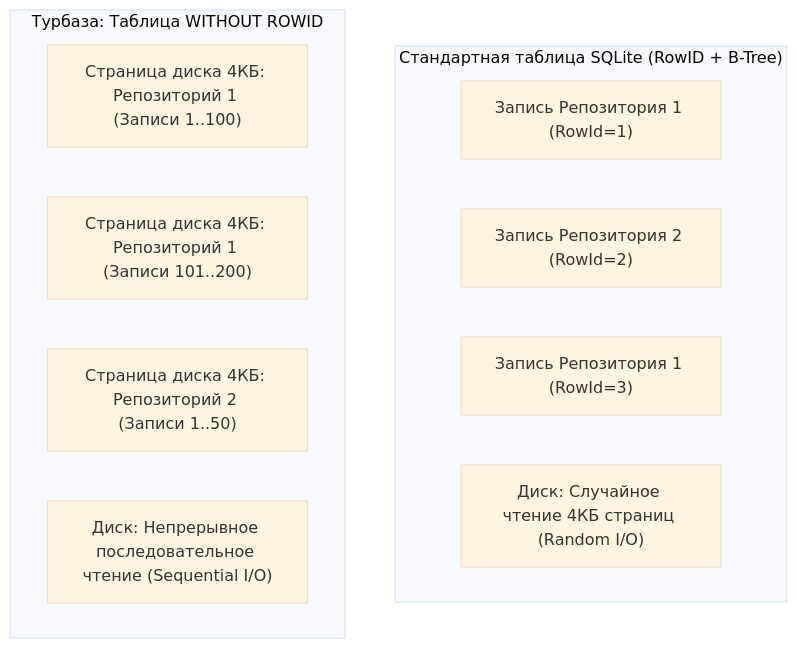
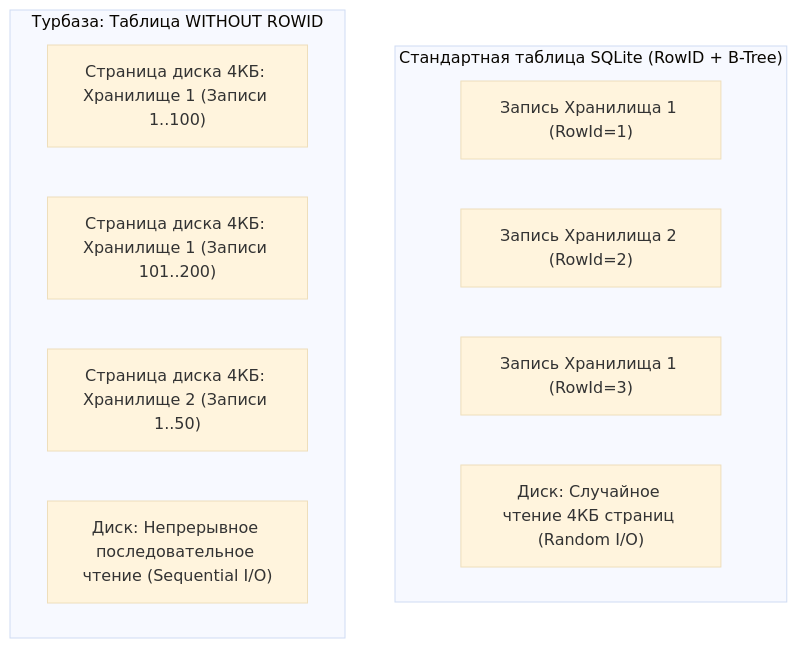
Before and after one commit to Data-Independence-Network/presentations: the fifth of 11 diagrams in architecture_presentations/02_leaf_storage_engine/docs/presentation_deck.md, drawn with Mermaid (base theme). The commit also changed other lines of this file and 28 other files, not shown here.

Commit message:
refactor(terminology): replace 'репозиторий' and derivatives with 'хранилище' and update slide 13 audio

```diff
--- a/architecture_presentations/02_leaf_storage_engine/docs/presentation_deck.md
+++ b/architecture_presentations/02_leaf_storage_engine/docs/presentation_deck.md
@@ -328,16 +328,16 @@
         <div class="mermaid">
 graph TB
     subgraph Standard["Стандартная таблица SQLite (RowID + B-Tree)"]
-        Row1["Запись Репозитория 1 (RowId=1)"]
-        Row2["Запись Репозитория 2 (RowId=2)"]
-        Row3["Запись Репозитория 1 (RowId=3)"]
+        Row1["Запись Хранилища 1 (RowId=1)"]
+        Row2["Запись Хранилища 2 (RowId=2)"]
+        Row3["Запись Хранилища 1 (RowId=3)"]
         DiskStd["Диск: Случайное чтение 4КБ страниц (Random I/O)"]
     end
 
     subgraph Clustered["Турбаза: Таблица WITHOUT ROWID"]
-        Page1["Страница диска 4КБ: Репозиторий 1 (Записи 1..100)"]
-        Page2["Страница диска 4КБ: Репозиторий 1 (Записи 101..200)"]
-        Page3["Страница диска 4КБ: Репозиторий 2 (Записи 1..50)"]
+        Page1["Страница диска 4КБ: Хранилище 1 (Записи 1..100)"]
+        Page2["Страница диска 4КБ: Хранилище 1 (Записи 101..200)"]
+        Page3["Страница диска 4КБ: Хранилище 2 (Записи 1..50)"]
         DiskOpt["Диск: Непрерывное последовательное чтение (Sequential I/O)"]
     end
         </div>
```
